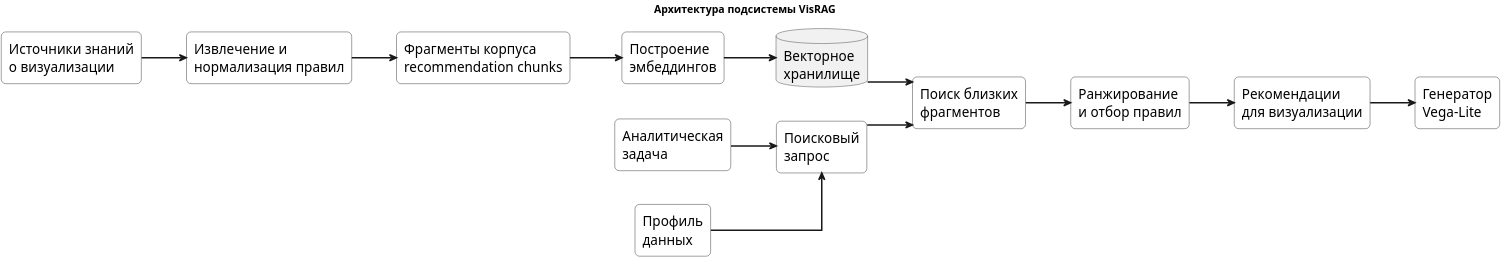
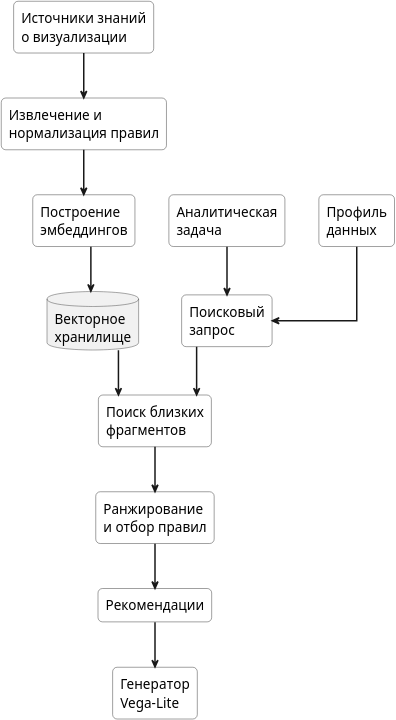
The diagram in research/architecture/tex/visrag/VisRAG_arch.puml (shnikita-cr/ViRAGE), drawn with PlantUML before and after one commit. The commit also changed 16 other files, not shown here.

```diff
--- a/research/architecture/tex/visrag/VisRAG_arch.puml
+++ b/research/architecture/tex/visrag/VisRAG_arch.puml
@@ -1,48 +1,42 @@
 @startuml
-title Архитектура подсистемы VisRAG
-
-left to right direction
-
 skinparam shadowing false
 skinparam monochrome true
 skinparam roundcorner 12
 skinparam defaultFontSize 18
 skinparam ArrowThickness 2
 skinparam nodesep 45
 skinparam ranksep 60
 skinparam linetype ortho
 skinparam dpi 600
 
 skinparam rectangle {
   BorderColor black
   BackgroundColor white
 }
 
 rectangle "Источники знаний\nо визуализации" as Sources
 rectangle "Извлечение и\nнормализация правил" as Normalize
-rectangle "Фрагменты корпуса\nrecommendation chunks" as Chunks
 rectangle "Построение\nэмбеддингов" as Embeddings
 database "Векторное\nхранилище" as VectorStore
 
 rectangle "Аналитическая\nзадача" as Task
 rectangle "Профиль\nданных" as Profile
 rectangle "Поисковый\nзапрос" as SearchQuery
 rectangle "Поиск близких\nфрагментов" as Retrieval
 rectangle "Ранжирование\nи отбор правил" as Ranking
-rectangle "Рекомендации\nдля визуализации" as Guidance
+rectangle "Рекомендации" as Guidance
 rectangle "Генератор\nVega-Lite" as SpecGenerator
 
 Sources --> Normalize
-Normalize --> Chunks
-Chunks --> Embeddings
+Normalize --> Embeddings
 Embeddings --> VectorStore
 
 Task --> SearchQuery
 Profile --> SearchQuery
 SearchQuery --> Retrieval
 VectorStore --> Retrieval
 Retrieval --> Ranking
 Ranking --> Guidance
 Guidance --> SpecGenerator
 
 @enduml
```
